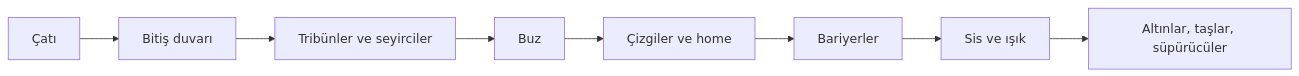
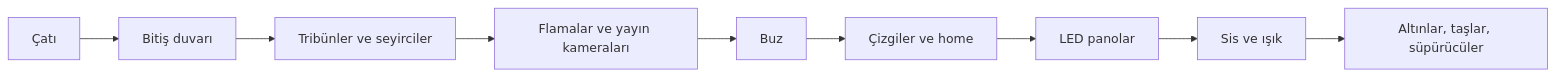
One commit to edaisikgoz99-ui/curling-clash-showcase changed the fourth of 5 diagrams in README.md. Above: the diagram before and after it, drawn with Mermaid. The commit also changed other lines of this file and 4 other files, not shown here.

````diff
--- a/README.md
+++ b/README.md
@@ -141,6 +157,7 @@
 ```mermaid
 flowchart LR
-    A[Çatı] --> B[Bitiş duvarı] --> C[Tribünler ve seyirciler] --> D[Buz]
-    D --> E[Çizgiler ve home] --> F[Bariyerler] --> G[Sis ve ışık]
+    A[Çatı] --> B[Bitiş duvarı] --> C[Tribünler ve seyirciler]
+    C --> C2[Flamalar ve yayın kameraları] --> D[Buz]
+    D --> E[Çizgiler ve home] --> F[LED panolar] --> G[Sis ve ışık]
     G --> H[Altınlar, taşlar, süpürücüler]
 ```
````
